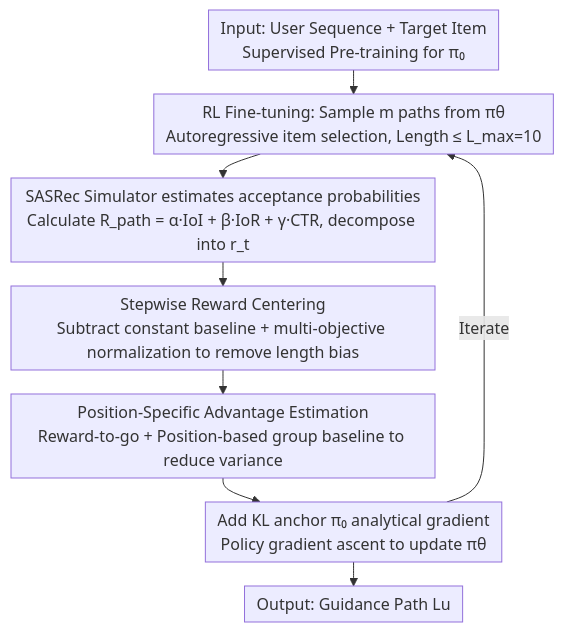
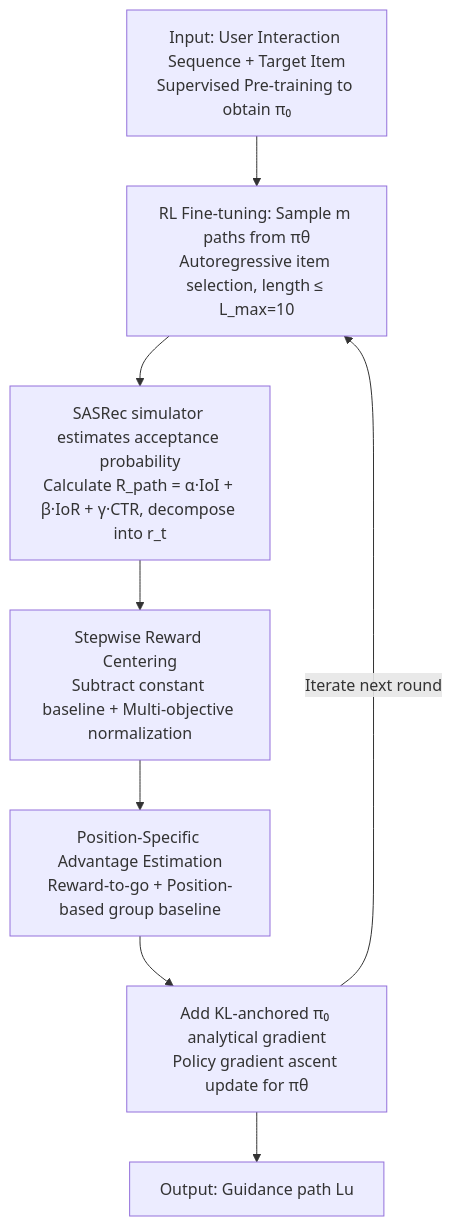
One commit to zhaoyang97/Paper-Notes-en changed the diagram in docs/ICML2026/reinforcement_learning/prorl_effective_reinforcement_learning_for_proactive_recommendation_via_rectifie.md. Above: the diagram before and after it, drawn with Mermaid. The commit also changed other lines of this file and 5084 other files, not shown here.

````diff
--- a/docs/ICML2026/reinforcement_learning/prorl_effective_reinforcement_learning_for_proactive_recommendation_via_rectifie.md
+++ b/docs/ICML2026/reinforcement_learning/prorl_effective_reinforcement_learning_for_proactive_recommendation_via_rectifie.md
@@ -42,11 +42,10 @@
 ```mermaid
-%%{init: {'flowchart': {'rankSpacing': 24, 'nodeSpacing': 28, 'padding': 6, 'wrappingWidth': 400}}}%%
-flowchart TD
-    A["Input: User Sequence + Target Item<br/>Supervised Pre-training for π₀"] --> B["RL Fine-tuning: Sample m paths from πθ<br/>Autoregressive item selection, Length ≤ L_max=10"]
-    B --> C["SASRec Simulator estimates acceptance probabilities<br/>Calculate R_path = α·IoI + β·IoR + γ·CTR, decompose into r_t"]
-    C --> D["Stepwise Reward Centering<br/>Subtract constant baseline + multi-objective normalization to remove length bias"]
-    D --> E["Position-Specific Advantage Estimation<br/>Reward-to-go + Position-based group baseline to reduce variance"]
-    E --> F["Add KL anchor π₀ analytical gradient<br/>Policy gradient ascent to update πθ"]
-    F -->|Iterate| B
-    F --> G["Output: Guidance Path Lu"]
+graph TD
+    A["Input: User Interaction Sequence + Target Item<br/>Supervised Pre-training to obtain π₀"] --> B["RL Fine-tuning: Sample m paths from πθ<br/>Autoregressive item selection, length ≤ L_max=10"]
+    B --> C["SASRec simulator estimates acceptance probability<br/>Calculate R_path = α·IoI + β·IoR + γ·CTR, decompose into r_t"]
+    C --> D["Stepwise Reward Centering<br/>Subtract constant baseline + Multi-objective normalization"]
+    D --> E["Position-Specific Advantage Estimation<br/>Reward-to-go + Position-based group baseline"]
+    E --> F["Add KL-anchored π₀ analytical gradient<br/>Policy gradient ascent update for πθ"]
+    F -->|Iterate next round| B
+    F --> G["Output: Guidance path Lu"]
 ```
````
